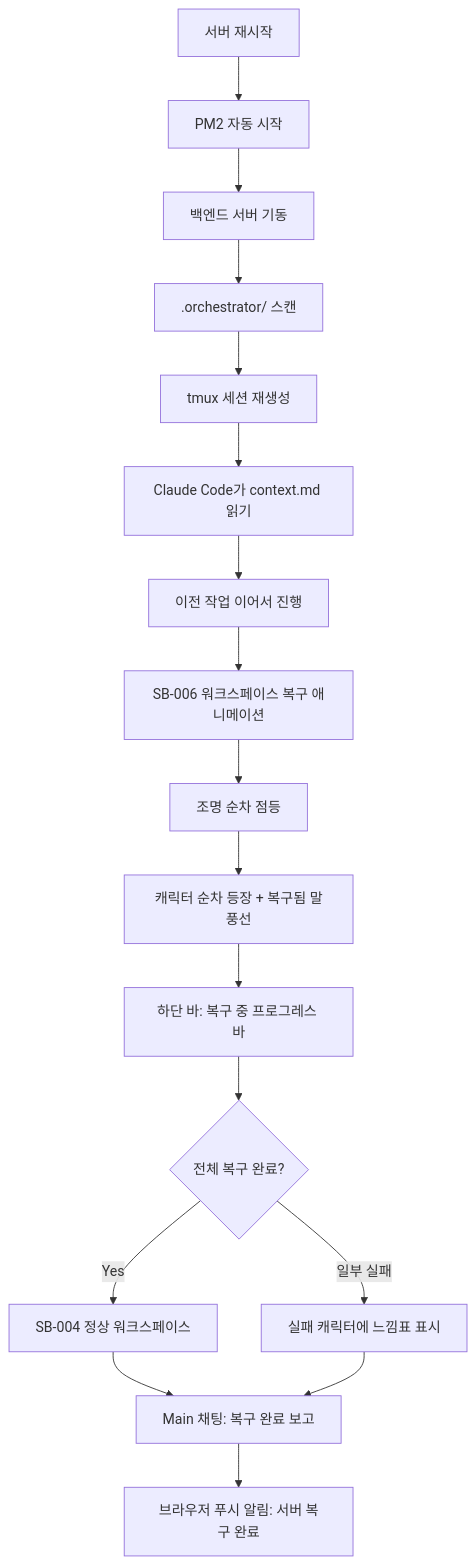
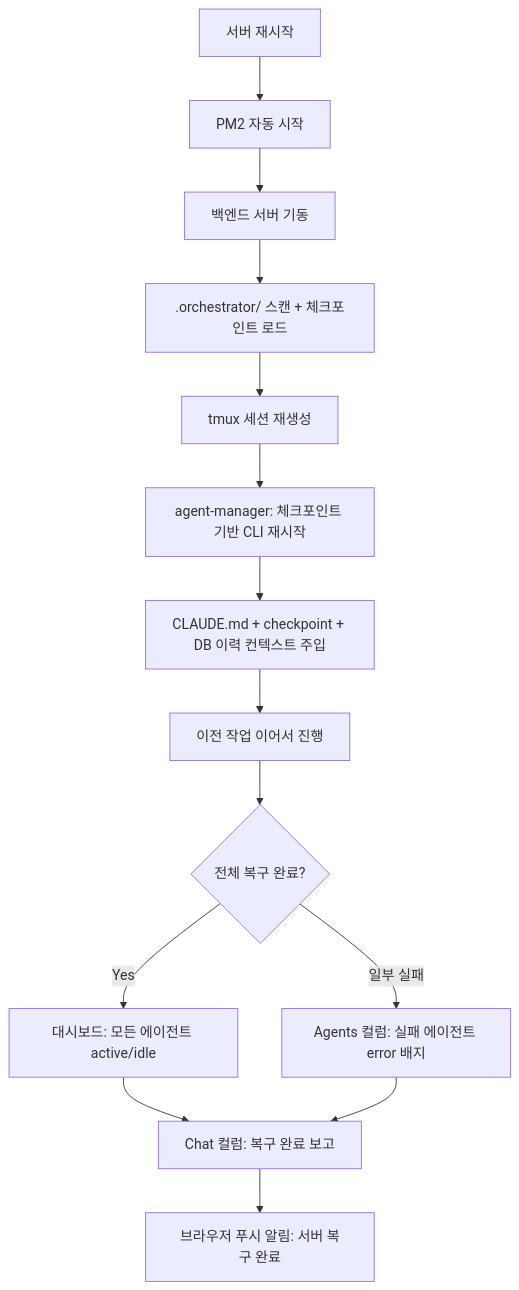
Before and after one commit to Jeonyunjae/ClaudeManager: the ninth of 15 diagrams in 03_design/🔀 user-flow.md, drawn with Mermaid. The commit also changed other lines of this file and 221 other files, not shown here.

````diff
--- a/03_design/🔀 user-flow.md
+++ b/03_design/🔀 user-flow.md
@@ -173,21 +192,18 @@
 ```mermaid
 flowchart TD
     A[서버 재시작] --> B[PM2 자동 시작]
     B --> C[백엔드 서버 기동]
-    C --> D[.orchestrator/ 스캔]
+    C --> D[.orchestrator/ 스캔 + 체크포인트 로드]
     D --> E[tmux 세션 재생성]
-    E --> F[Claude Code가 context.md 읽기]
-    F --> G[이전 작업 이어서 진행]
+    E --> F[agent-manager: 체크포인트 기반 CLI 재시작]
+    F --> G[CLAUDE.md + checkpoint + DB 이력 컨텍스트 주입]
+    G --> H[이전 작업 이어서 진행]
     
-    G --> H[SB-006 워크스페이스 복구 애니메이션]
-    H --> I[조명 순차 점등]
-    I --> J[캐릭터 순차 등장 + 복구됨 말풍선]
-    J --> K[하단 바: 복구 중 프로그레스 바]
-    K --> L{전체 복구 완료?}
-    L -->|Yes| M[SB-004 정상 워크스페이스]
-    L -->|일부 실패| N[실패 캐릭터에 느낌표 표시]
+    H --> I{전체 복구 완료?}
+    I -->|Yes| J[대시보드: 모든 에이전트 active/idle]
+    I -->|일부 실패| K[Agents 컬럼: 실패 에이전트 error 배지]
     
-    M --> O[Main 채팅: 복구 완료 보고]
-    N --> O
-    O --> P[브라우저 푸시 알림: 서버 복구 완료]
+    J --> L[Chat 컬럼: 복구 완료 보고]
+    K --> L
+    L --> M[브라우저 푸시 알림: 서버 복구 완료]
 ```
````
